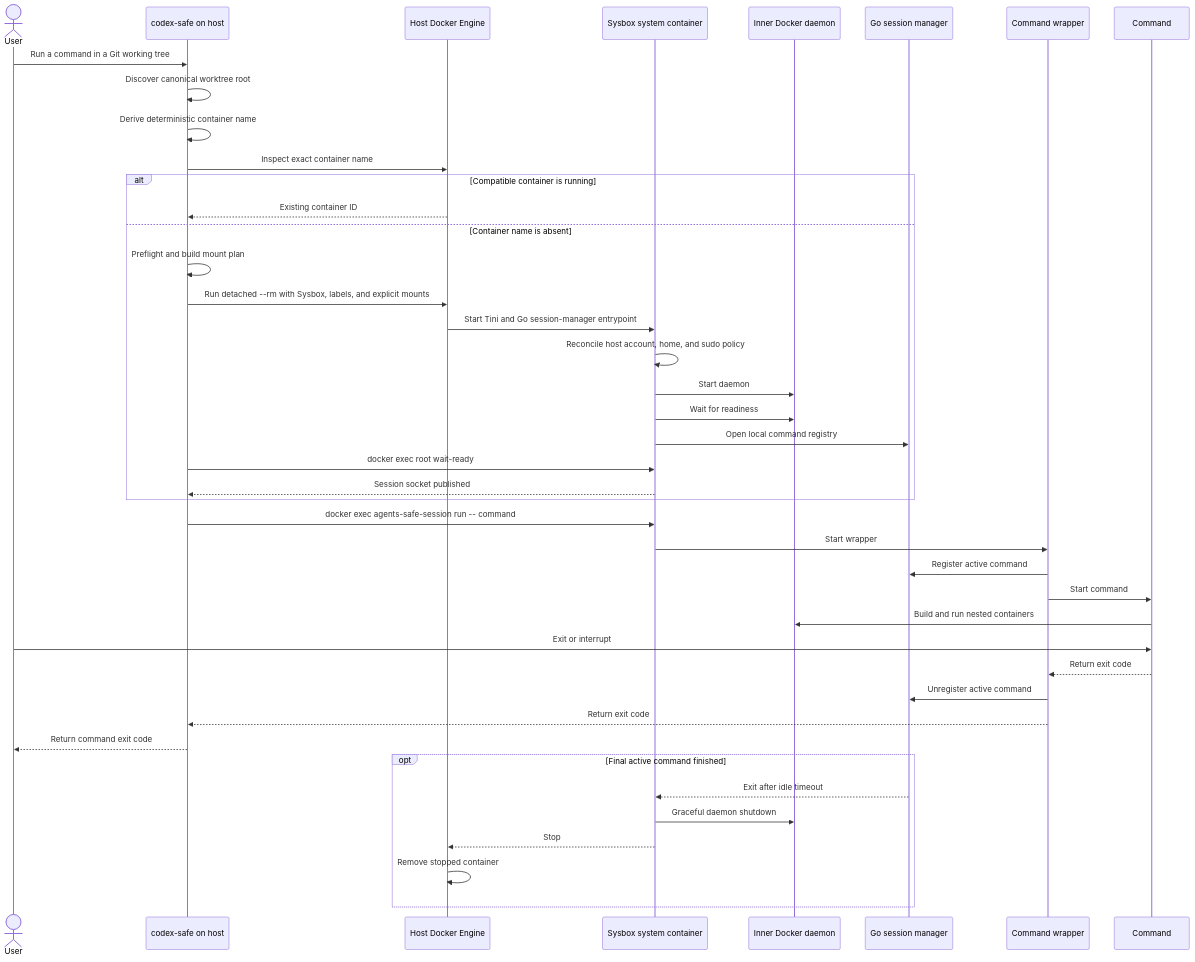
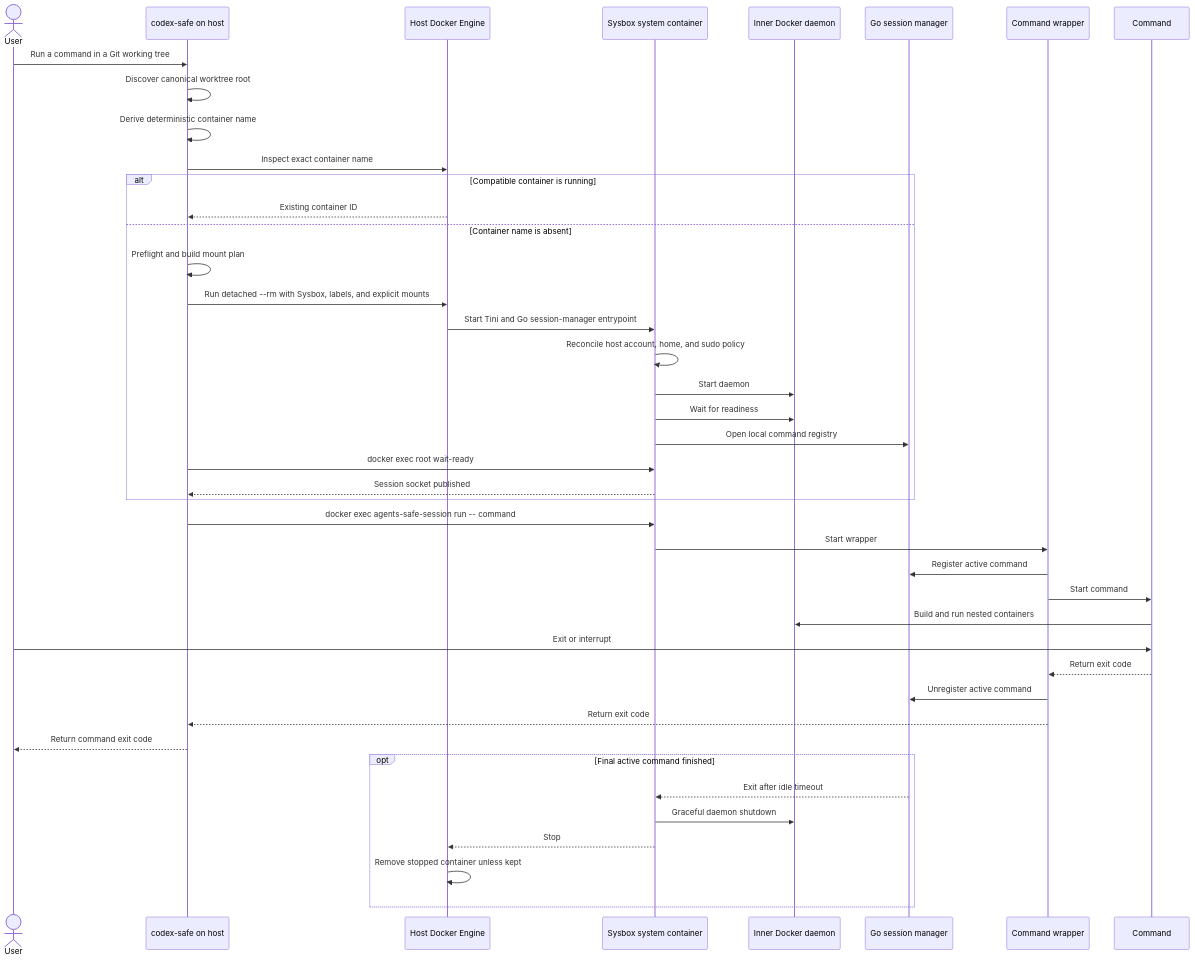
Before and after one commit to vkuptcov/agents-safe-environment: the diagram in docs/design-docs/agents-safe.md, drawn with Mermaid. The commit also changed other lines of this file and 39 other files, not shown here.

````diff
--- a/docs/design-docs/agents-safe.md
+++ b/docs/design-docs/agents-safe.md
@@ -608,45 +609,45 @@
 ```mermaid
 sequenceDiagram
     actor User
     participant Launcher as codex-safe on host
     participant HostDocker as Host Docker Engine
     participant Container as Sysbox system container
     participant InnerDocker as Inner Docker daemon
     participant Manager as Go session manager
     participant Wrapper as Command wrapper
     participant Command
 
     User->>Launcher: Run a command in a Git working tree
     Launcher->>Launcher: Discover canonical worktree root
     Launcher->>Launcher: Derive deterministic container name
     Launcher->>HostDocker: Inspect exact container name
     alt Compatible container is running
         HostDocker-->>Launcher: Existing container ID
     else Container name is absent
         Launcher->>Launcher: Preflight and build mount plan
         Launcher->>HostDocker: Run detached --rm with Sysbox, labels, and explicit mounts
         HostDocker->>Container: Start Tini and Go session-manager entrypoint
         Container->>Container: Reconcile host account, home, and sudo policy
         Container->>InnerDocker: Start daemon
         Container->>InnerDocker: Wait for readiness
         Container->>Manager: Open local command registry
         Launcher->>Container: docker exec root wait-ready
         Container-->>Launcher: Session socket published
     end
     Launcher->>Container: docker exec agents-safe-session run -- command
     Container->>Wrapper: Start wrapper
     Wrapper->>Manager: Register active command
     Wrapper->>Command: Start command
     Command->>InnerDocker: Build and run nested containers
     User->>Command: Exit or interrupt
     Command-->>Wrapper: Return exit code
     Wrapper->>Manager: Unregister active command
     Wrapper-->>Launcher: Return exit code
     Launcher-->>User: Return command exit code
     opt Final active command finished
         Manager-->>Container: Exit after idle timeout
         Container->>InnerDocker: Graceful daemon shutdown
         Container-->>HostDocker: Stop
-        HostDocker->>HostDocker: Remove stopped container
+        HostDocker->>HostDocker: Remove stopped container unless kept
     end
 ```
````
